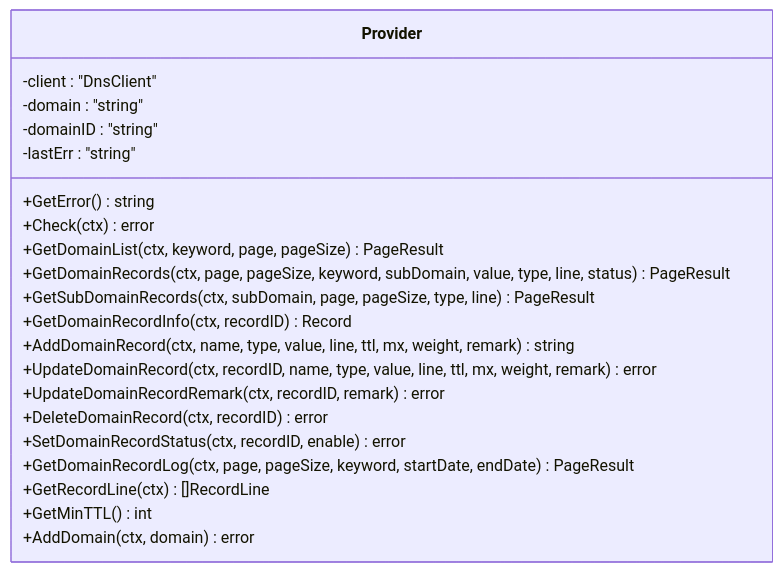
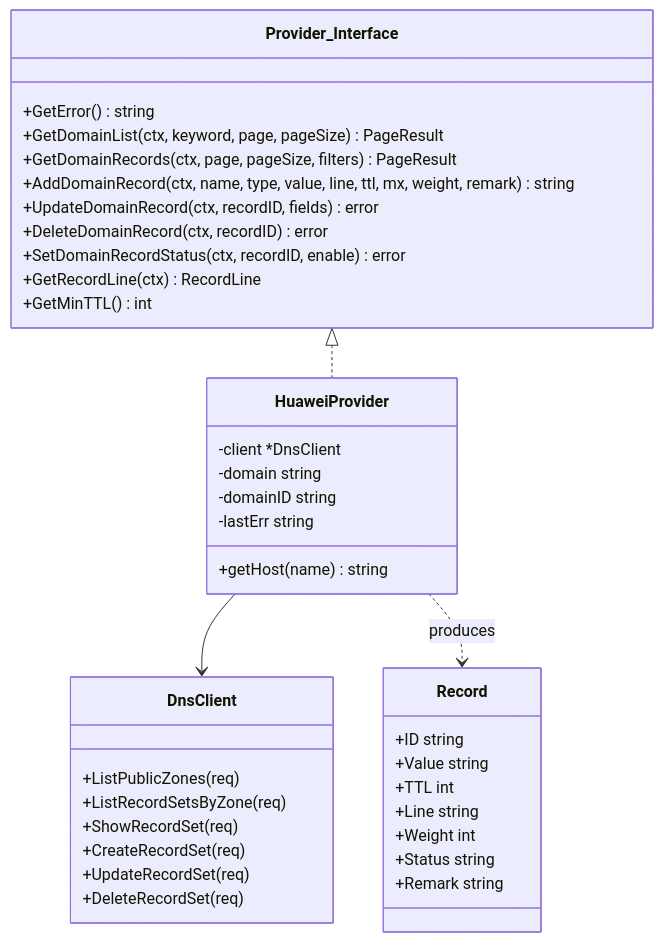
The fifth of 5 diagrams in docs/DNS管理功能/支持的DNS服务商/华为云DNS.md (x01n/dnsplane), drawn with Mermaid before and after one commit. The commit also changed other lines of this file and 326 other files, not shown here.

````diff
--- a/docs/DNS管理功能/支持的DNS服务商/华为云DNS.md
+++ b/docs/DNS管理功能/支持的DNS服务商/华为云DNS.md
@@ -121,24 +621,41 @@
 ```mermaid
 classDiagram
-class Provider {
--client : "DnsClient"
--domain : "string"
--domainID : "string"
--lastErr : "string"
-+GetError() string
-+Check(ctx) error
-+GetDomainList(ctx, keyword, page, pageSize) PageResult
-+GetDomainRecords(ctx, page, pageSize, keyword, subDomain, value, type, line, status) PageResult
-+GetSubDomainRecords(ctx, subDomain, page, pageSize, type, line) PageResult
-+GetDomainRecordInfo(ctx, recordID) Record
-+AddDomainRecord(ctx, name, type, value, line, ttl, mx, weight, remark) string
-+UpdateDomainRecord(ctx, recordID, name, type, value, line, ttl, mx, weight, remark) error
-+UpdateDomainRecordRemark(ctx, recordID, remark) error
-+DeleteDomainRecord(ctx, recordID) error
-+SetDomainRecordStatus(ctx, recordID, enable) error
-+GetDomainRecordLog(ctx, page, pageSize, keyword, startDate, endDate) PageResult
-+GetRecordLine(ctx) []RecordLine
-+GetMinTTL() int
-+AddDomain(ctx, domain) error
-}
+    class Provider_Interface {
+        +GetError() string
+        +GetDomainList(ctx, keyword, page, pageSize) PageResult
+        +GetDomainRecords(ctx, page, pageSize, filters) PageResult
+        +AddDomainRecord(ctx, name, type, value, line, ttl, mx, weight, remark) string
+        +UpdateDomainRecord(ctx, recordID, fields) error
+        +DeleteDomainRecord(ctx, recordID) error
+        +SetDomainRecordStatus(ctx, recordID, enable) error
+        +GetRecordLine(ctx) RecordLine
+        +GetMinTTL() int
+    }
+    class HuaweiProvider {
+        -client *DnsClient
+        -domain string
+        -domainID string
+        -lastErr string
+        +getHost(name) string
+    }
+    class DnsClient {
+        +ListPublicZones(req)
+        +ListRecordSetsByZone(req)
+        +ShowRecordSet(req)
+        +CreateRecordSet(req)
+        +UpdateRecordSet(req)
+        +DeleteRecordSet(req)
+    }
+    class Record {
+        +ID string
+        +Value string
+        +TTL int
+        +Line string
+        +Weight int
+        +Status string
+        +Remark string
+    }
+    Provider_Interface <|.. HuaweiProvider
+    HuaweiProvider --> DnsClient
+    HuaweiProvider ..> Record : produces
 ```
````
